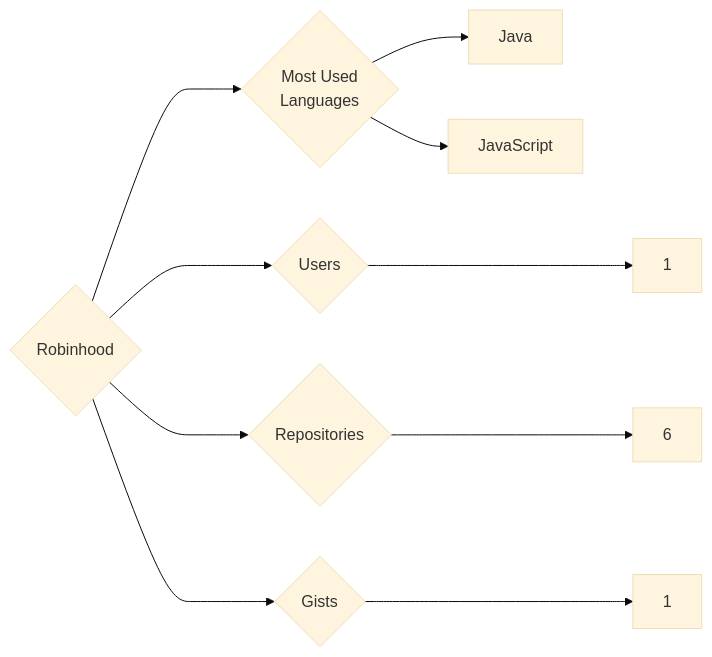
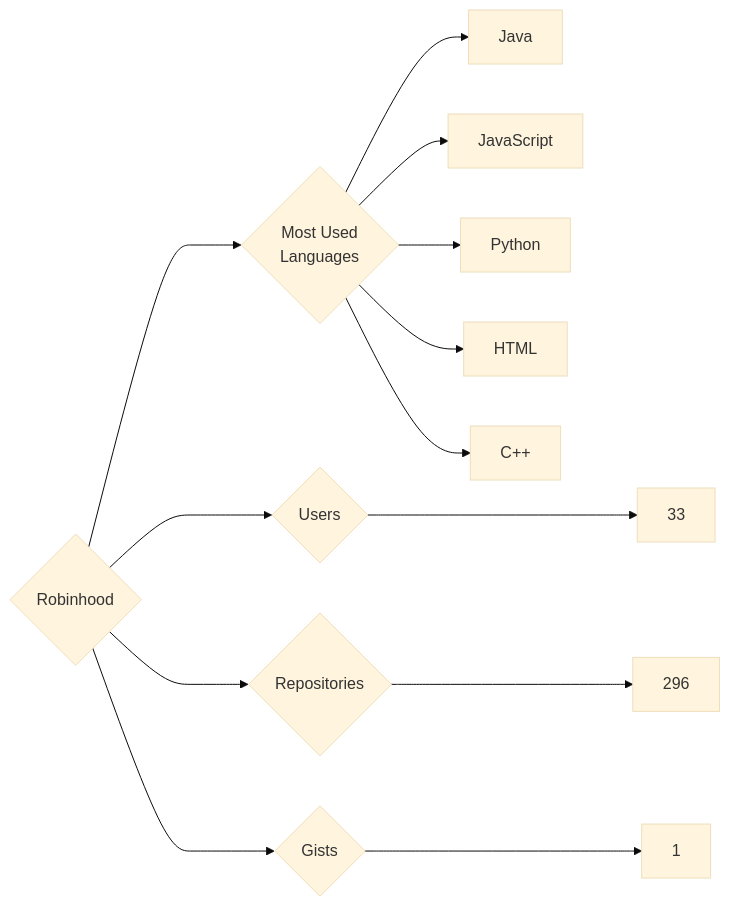
The diagram in targets/Robinhood/README.md (trickest/insiders), drawn with Mermaid (base theme) before and after one commit. The commit also changed 770 other files, not shown here.

````diff
--- a/targets/Robinhood/README.md
+++ b/targets/Robinhood/README.md
@@ -3,10 +3,13 @@
 ```mermaid
 graph LR
 COMPANY_NAME{Robinhood}
-COMPANY_NAME ---> U{Users} ---> UN[1]
-COMPANY_NAME ---> R{Repositories} ---> RN[6]
+COMPANY_NAME ---> U{Users} ---> UN[33]
+COMPANY_NAME ---> R{Repositories} ---> RN[296]
 COMPANY_NAME ---> G{Gists} ---> GN[1]
 COMPANY_NAME ---> ML{Most Used<br>Languages}
 ML --> Java[Java]
 ML --> JavaScript[JavaScript]
+ML --> Python[Python]
+ML --> HTML[HTML]
+ML --> C++[C++]
 ```
````
